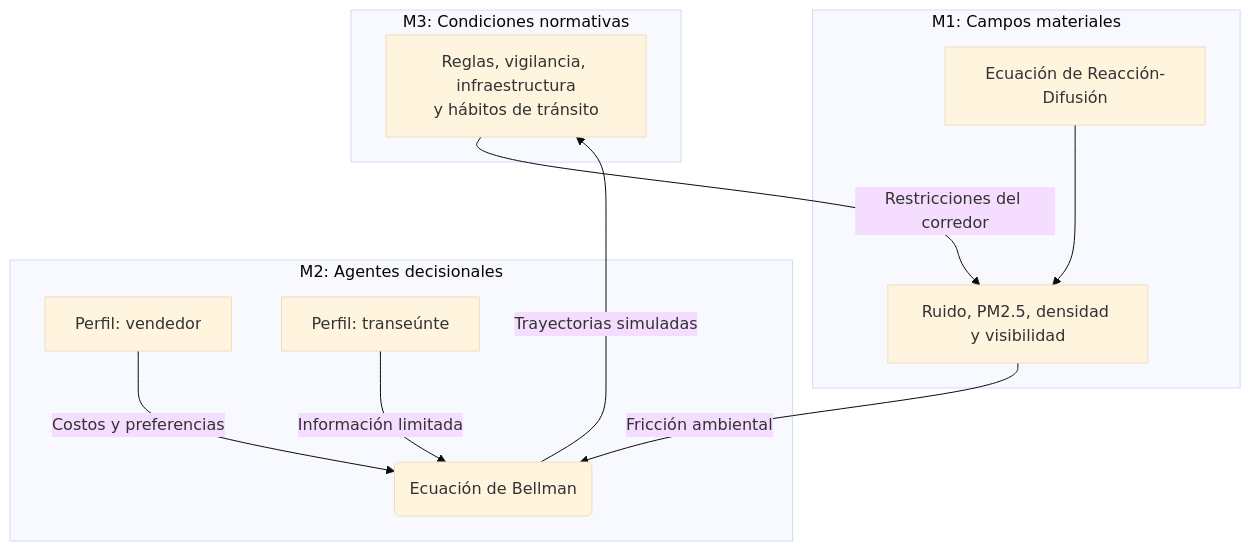
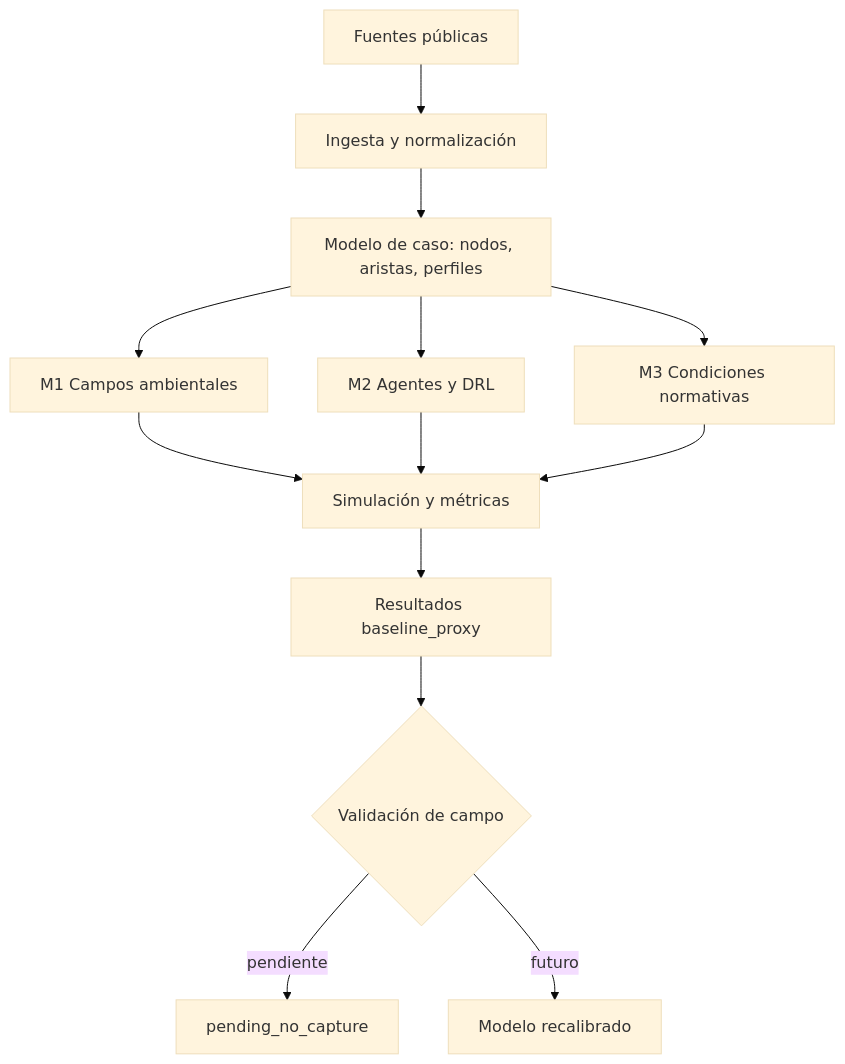
Before and after one commit to stevenvo780/FenomenologiaUrbana: the diagram in tesis/02-metodologia-y-diseno-hpc.md, drawn with Mermaid (base theme). The commit also changed other lines of this file and 7 other files, not shown here.

````diff
--- a/tesis/02-metodologia-y-diseno-hpc.md
+++ b/tesis/02-metodologia-y-diseno-hpc.md
@@ -39,23 +168,15 @@
 ```mermaid
 graph TD
-    subgraph "M3: Condiciones normativas"
-        C[Reglas, vigilancia, infraestructura<br>y hábitos de tránsito]
-    end
-
-    subgraph "M2: Agentes decisionales"
-        A1[Perfil: vendedor]
-        A2[Perfil: transeúnte]
-        A1 -- Costos y preferencias --> Q(Ecuación de Bellman)
-        A2 -- Información limitada --> Q
-    end
-
-    subgraph "M1: Campos materiales"
-        P[Ecuación de Reacción-Difusión]
-        S[Ruido, PM2.5, densidad y visibilidad]
-        P --> S
-    end
-
-    S -->|Fricción ambiental| Q
-    Q -->|Trayectorias simuladas| C
-    C -->|Restricciones del corredor| S
+    A[Fuentes públicas] --> B[Ingesta y normalización]
+    B --> C[Modelo de caso: nodos, aristas, perfiles]
+    C --> D[M1 Campos ambientales]
+    C --> E[M2 Agentes y DRL]
+    C --> F[M3 Condiciones normativas]
+    D --> G[Simulación y métricas]
+    E --> G
+    F --> G
+    G --> H[Resultados baseline_proxy]
+    H --> I{Validación de campo}
+    I -->|pendiente| J[pending_no_capture]
+    I -->|futuro| K[Modelo recalibrado]
 ```
````
